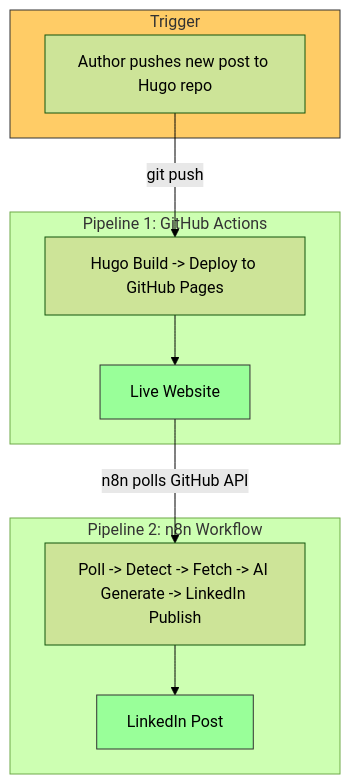
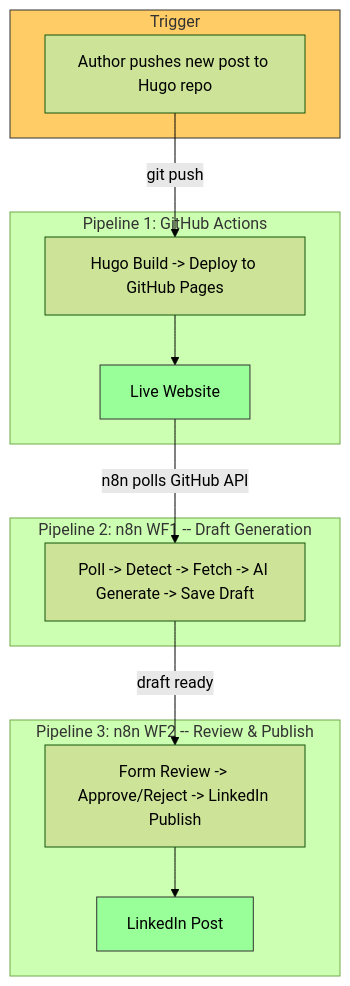
One commit to thatsmeadarsh/n8n-powered-auto-web-publish changed the diagram in README.md. Above: the diagram before and after it, drawn with Mermaid (forest theme). The commit also changed other lines of this file and 7 other files, not shown here.

First line of the commit message:
Add two-workflow architecture with form-based review

````diff
--- a/README.md
+++ b/README.md
@@ -11,23 +11,28 @@
 ```mermaid
 graph TB
     subgraph Event["Trigger"]
         A["Author pushes new post to Hugo repo"]
     end
 
     subgraph Pipeline1["Pipeline 1: GitHub Actions"]
         C["Hugo Build -> Deploy to GitHub Pages"]
         D["Live Website"]
     end
 
-    subgraph Pipeline2["Pipeline 2: n8n Workflow"]
-        E["Poll -> Detect -> Fetch -> AI Generate -> LinkedIn Publish"]
+    subgraph Pipeline2["Pipeline 2: n8n WF1 -- Draft Generation"]
+        E["Poll -> Detect -> Fetch -> AI Generate -> Save Draft"]
+    end
+
+    subgraph Pipeline3["Pipeline 3: n8n WF2 -- Review & Publish"]
+        G["Form Review -> Approve/Reject -> LinkedIn Publish"]
         F["LinkedIn Post"]
     end
 
     A -->|"git push"| C --> D
-    D -->|"n8n polls GitHub API"| E --> F
+    D -->|"n8n polls GitHub API"| E
+    E -->|"draft ready"| G --> F
 
     style Event fill:#ffcc66,stroke:#333
     style D fill:#99ff99,stroke:#333
     style F fill:#99ff99,stroke:#333
 ```
````
